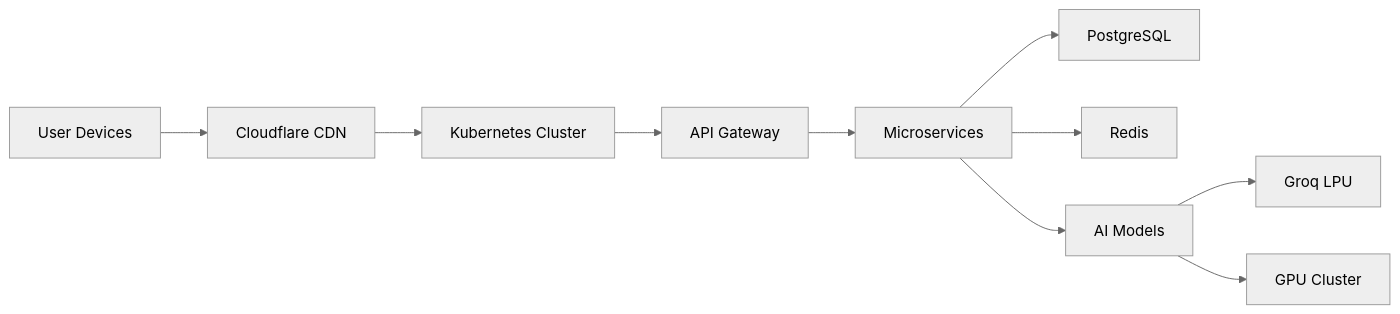
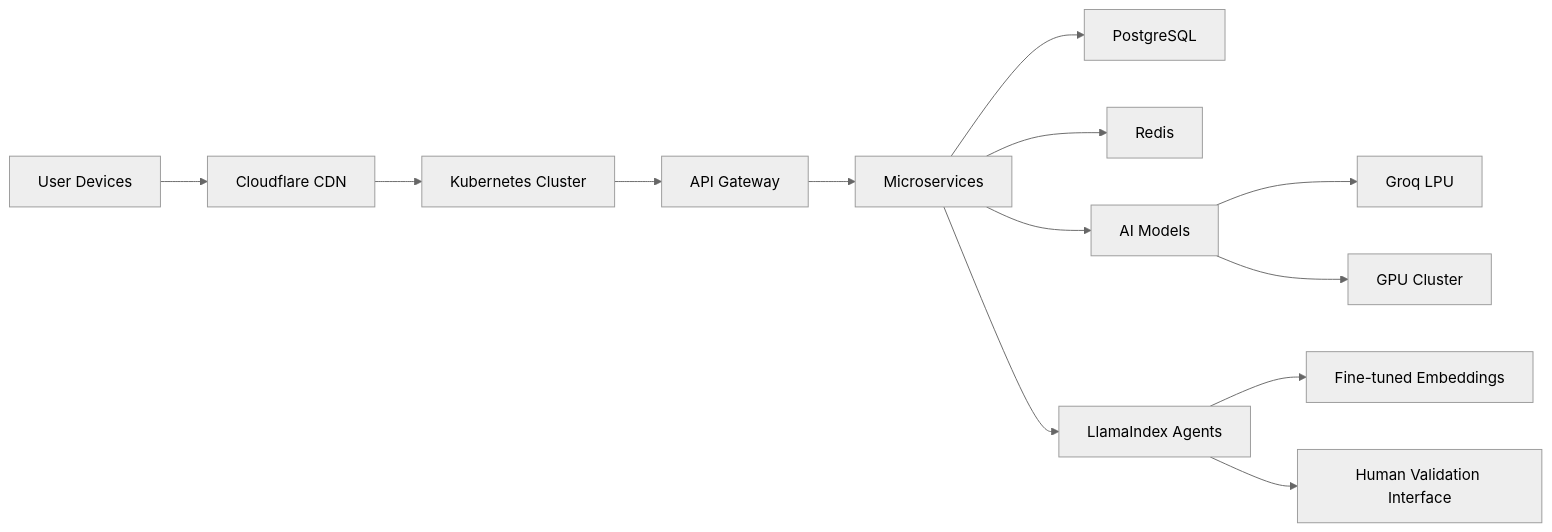
The second of 2 diagrams in memory-bank/techContext.md (AutonomosCdM/lesiones_presion), drawn with Mermaid (neutral theme) before and after one commit. The commit also changed other lines of this file and 16 other files, not shown here.

````diff
--- a/memory-bank/techContext.md
+++ b/memory-bank/techContext.md
@@ -37,12 +65,15 @@
 ```mermaid
 graph LR
     A[User Devices] --> B[Cloudflare CDN]
     B --> C[Kubernetes Cluster]
     C --> D[API Gateway]
     D --> E[Microservices]
     E --> F[PostgreSQL]
     E --> G[Redis]
     E --> H[AI Models]
     H --> I[Groq LPU]
     H --> J[GPU Cluster]
+    E --> K[LlamaIndex Agents]
+    K --> L[Fine-tuned Embeddings]
+    K --> M[Human Validation Interface]
 ```
````
